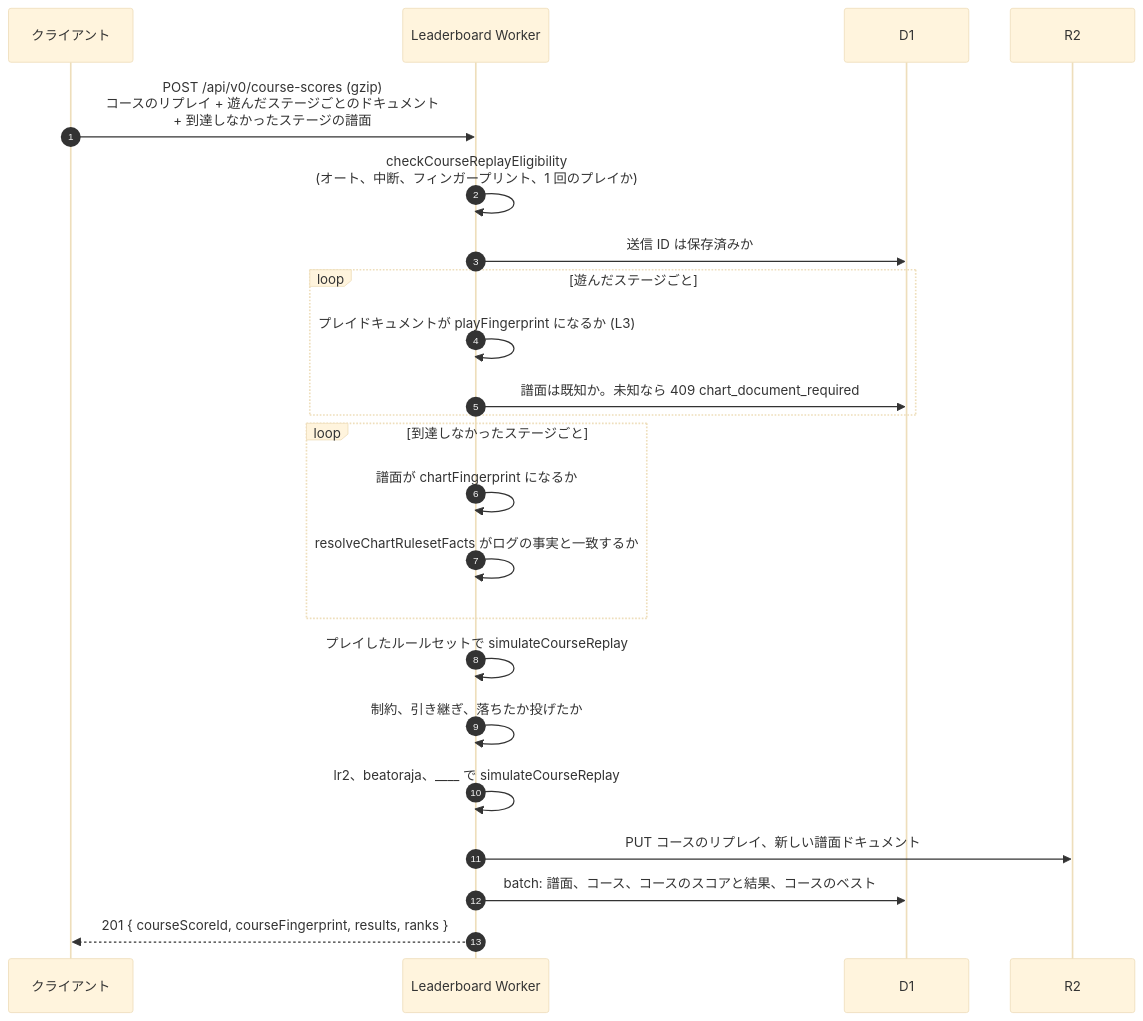
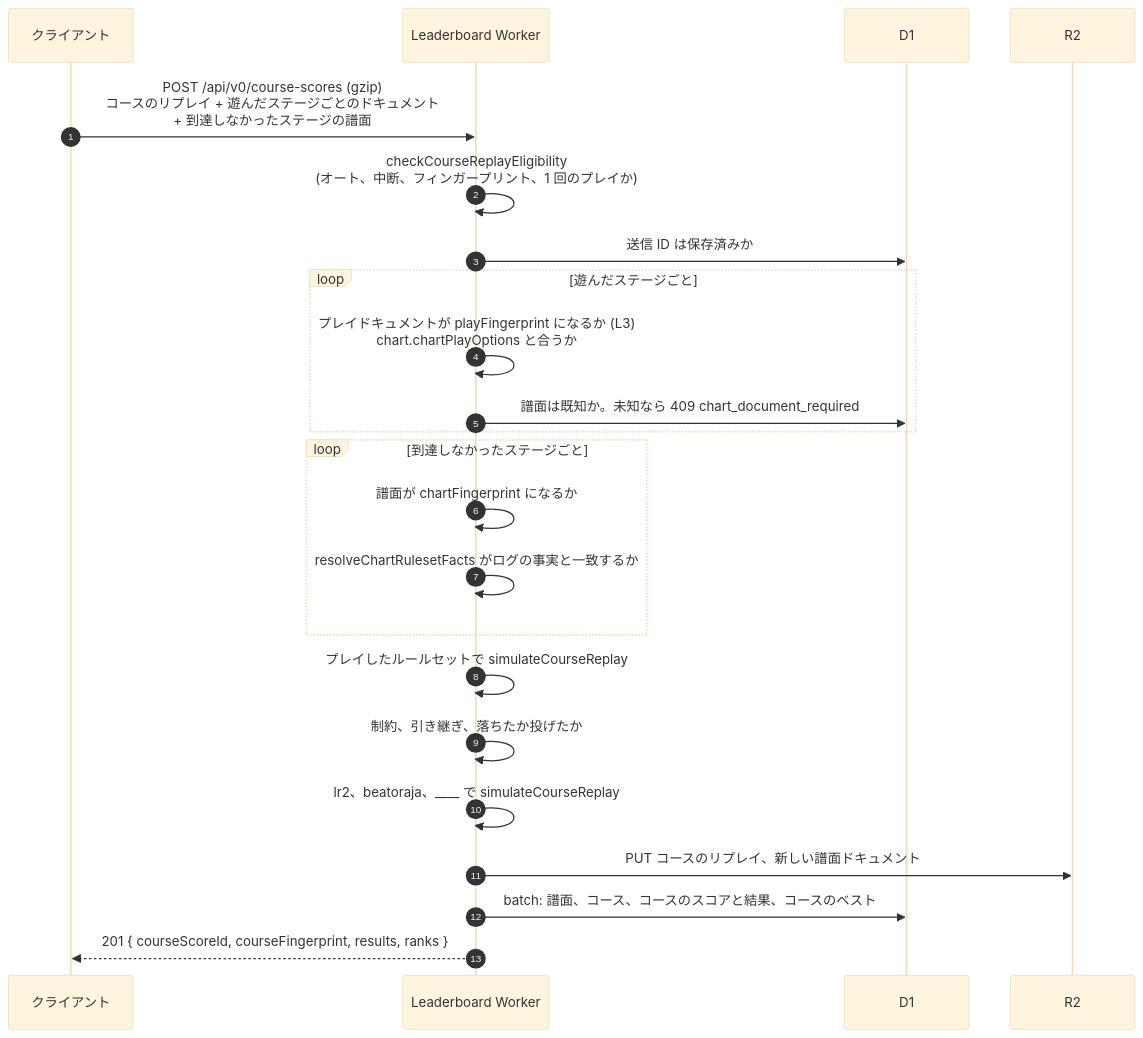
One commit to nulltask/be-music changed the first of 2 diagrams in docs/leaderboard.ja.md. Above: the diagram before and after it, drawn with Mermaid (base theme). The commit also changed other lines of this file and 17 other files, not shown here.

First line of the commit message:
docs: describe chart-authored NOTES options and the fingerprint playOptions [ci skip]

````diff
--- a/docs/leaderboard.ja.md
+++ b/docs/leaderboard.ja.md
@@ -207,26 +207,26 @@
 ```mermaid
 sequenceDiagram
     autonumber
     participant C as クライアント
     participant A as Leaderboard Worker
     participant D as D1
     participant R as R2
 
     C->>A: POST /api/v0/course-scores (gzip)<br/>コースのリプレイ + 遊んだステージごとのドキュメント<br/>+ 到達しなかったステージの譜面
     A->>A: checkCourseReplayEligibility<br/>(オート、中断、フィンガープリント、1 回のプレイか)
     A->>D: 送信 ID は保存済みか
     loop 遊んだステージごと
-        A->>A: プレイドキュメントが playFingerprint になるか (L3)
+        A->>A: プレイドキュメントが playFingerprint になるか (L3)<br/>chart.chartPlayOptions と合うか
         A->>D: 譜面は既知か。未知なら 409 chart_document_required
     end
     loop 到達しなかったステージごと
         A->>A: 譜面が chartFingerprint になるか
         A->>A: resolveChartRulesetFacts がログの事実と一致するか
     end
     A->>A: プレイしたルールセットで simulateCourseReplay
     A->>A: 制約、引き継ぎ、落ちたか投げたか
     A->>A: lr2、beatoraja、____ で simulateCourseReplay
     A->>R: PUT コースのリプレイ、新しい譜面ドキュメント
     A->>D: batch: 譜面、コース、コースのスコアと結果、コースのベスト
     A-->>C: 201 { courseScoreId, courseFingerprint, results, ranks }
 ```
````
